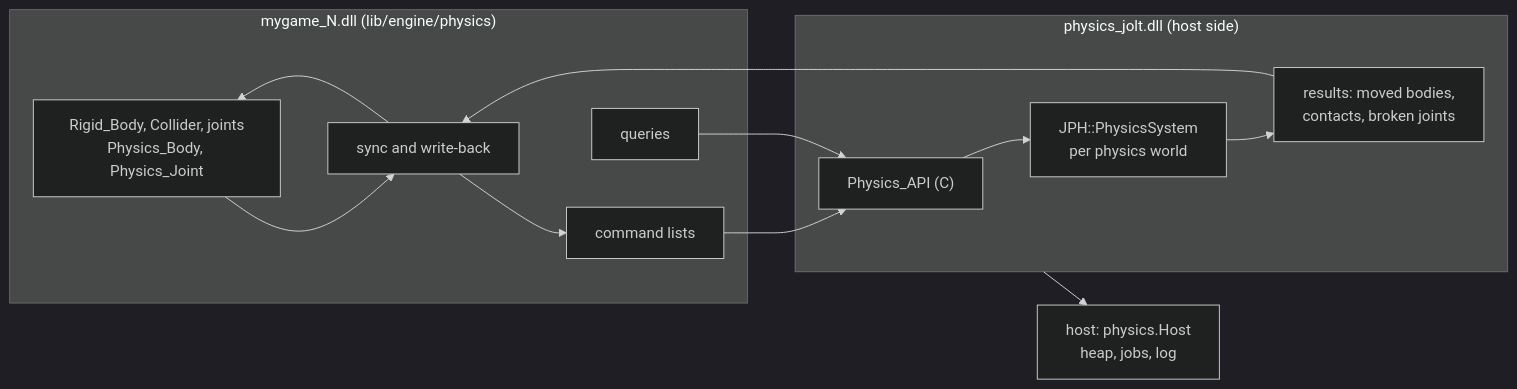
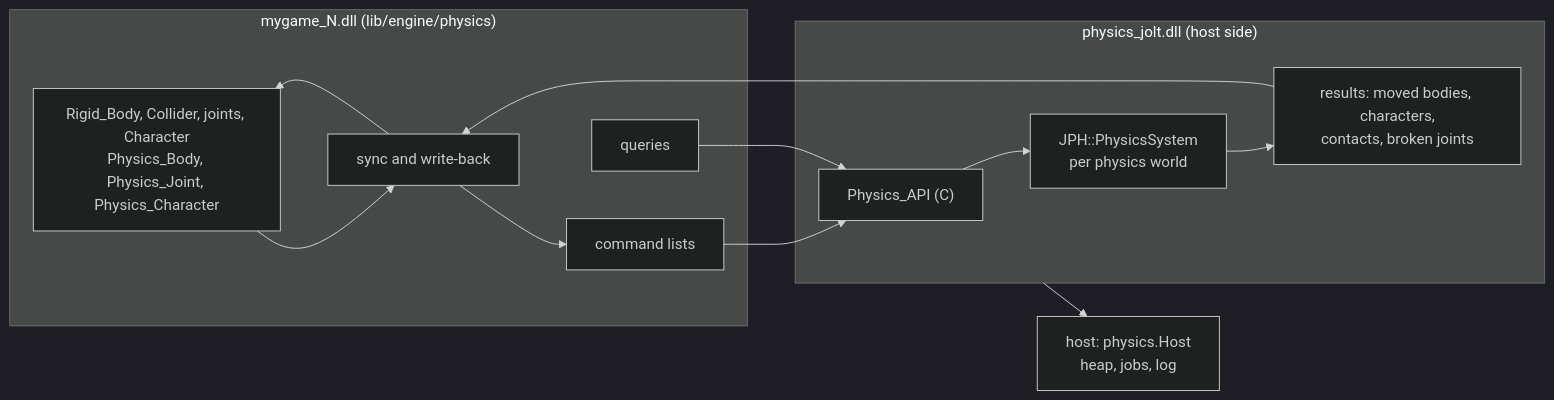
The diagram in docs/physics/design.md (aszecsei/cinnabar), drawn with Mermaid (dark theme) before and after one commit. The commit also changed other lines of this file and 27 other files, not shown here.

````diff
--- a/docs/physics/design.md
+++ b/docs/physics/design.md
@@ -15,20 +15,20 @@
 ```mermaid
 flowchart LR
     subgraph GAME["mygame_N.dll (lib/engine/physics)"]
-        COMP["Rigid_Body, Collider, joints<br/>Physics_Body, Physics_Joint"]
+        COMP["Rigid_Body, Collider, joints, Character<br/>Physics_Body, Physics_Joint, Physics_Character"]
         SYNC["sync and write-back"]
         CMDS["command lists"]
         Q["queries"]
     end
     subgraph PLUG["physics_jolt.dll (host side)"]
         API["Physics_API (C)"]
         JOLT["JPH::PhysicsSystem<br/>per physics world"]
-        BUF["results: moved bodies,<br/>contacts, broken joints"]
+        BUF["results: moved bodies, characters,<br/>contacts, broken joints"]
     end
     HOST["host: physics.Host<br/>heap, jobs, log"]
 
     COMP --> SYNC --> CMDS --> API --> JOLT
     JOLT --> BUF --> SYNC --> COMP
     Q --> API
     PLUG --> HOST
 ```
````
